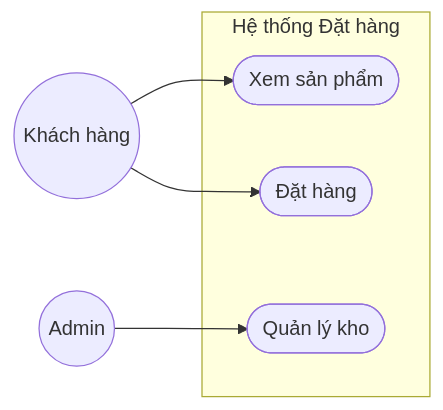
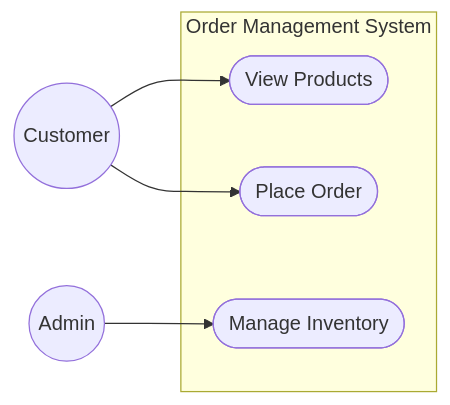
Before and after one commit to HuynhTri-dev/agent_vibe_retrival: the first of 5 diagrams in .agent/skills/bda/resources/phase_2_mermaid_diagram_snippets.md, drawn with Mermaid. The commit also changed other lines of this file and 9 other files, not shown here.

````diff
--- a/.agent/skills/bda/resources/phase_2_mermaid_diagram_snippets.md
+++ b/.agent/skills/bda/resources/phase_2_mermaid_diagram_snippets.md
@@ -9,13 +9,13 @@
 ```mermaid
 flowchart LR
-    Actor1((Khách hàng))
+    Actor1((Customer))
     Actor2((Admin))
-    subgraph System[Hệ thống Đặt hàng]
-        UC1([Xem sản phẩm])
-        UC2([Đặt hàng])
-        UC3([Quản lý kho])
+    subgraph System[Order Management System]
+        UC1([View Products])
+        UC2([Place Order])
+        UC3([Manage Inventory])
     end
     Actor1 --> UC1
     Actor1 --> UC2
     Actor2 --> UC3
 ```
````
